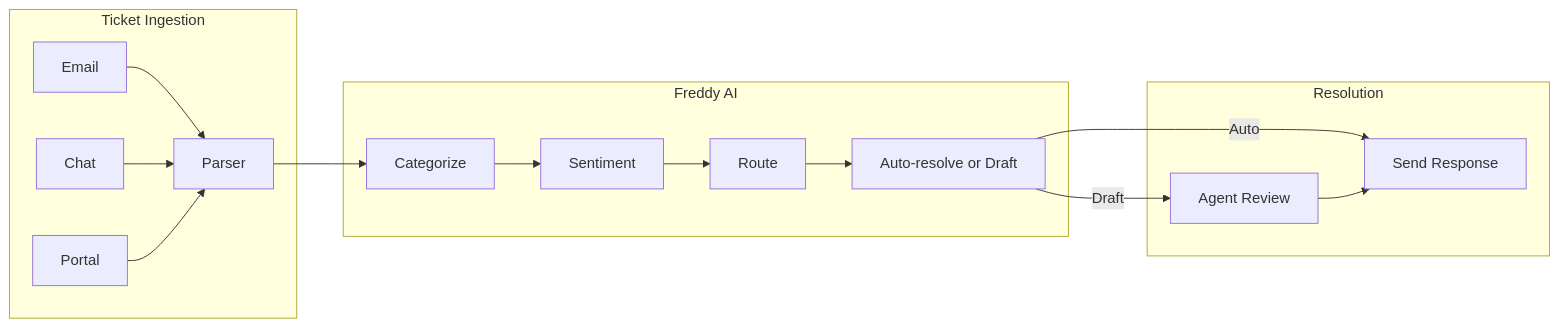
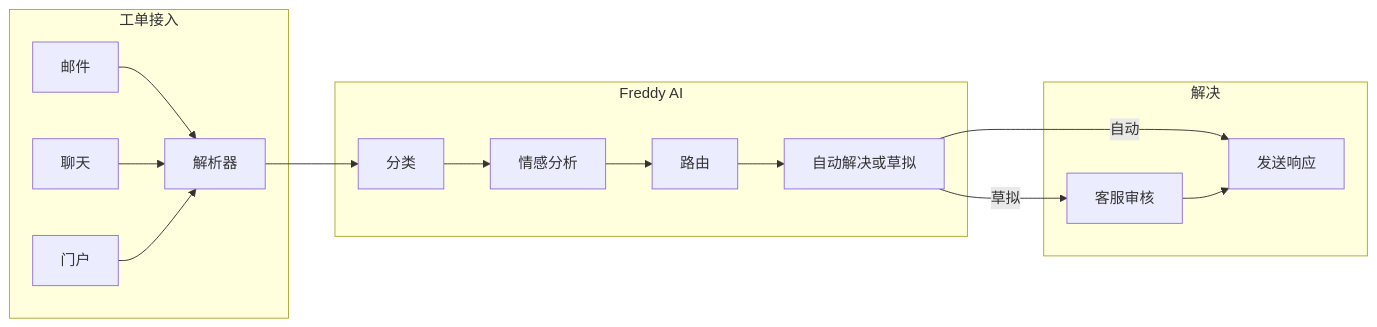
One commit to stars-labs/ai-driven-customer-service changed the second of 3 diagrams in i18n/zh/docusaurus-plugin-content-docs/current/05-case-studies.md. Above: the diagram before and after it, drawn with Mermaid. The commit also changed other lines of this file and 15 other files, not shown here.

````diff
--- a/i18n/zh/docusaurus-plugin-content-docs/current/05-case-studies.md
+++ b/i18n/zh/docusaurus-plugin-content-docs/current/05-case-studies.md
@@ -118,22 +118,22 @@
 ```mermaid
 flowchart LR
-    subgraph Input["Ticket Ingestion"]
-        I1[Email] --> P
-        I2[Chat] --> P
-        I3[Portal] --> P
-        P[Parser]
+    subgraph Input["工单接入"]
+        I1[邮件] --> P
+        I2[聊天] --> P
+        I3[门户] --> P
+        P[解析器]
     end
 
     subgraph AI["Freddy AI"]
-        P --> C[Categorize]
-        C --> S[Sentiment]
-        S --> R[Route]
-        R --> A[Auto-resolve or Draft]
+        P --> C[分类]
+        C --> S[情感分析]
+        S --> R[路由]
+        R --> A[自动解决或草拟]
     end
 
-    subgraph Output["Resolution"]
-        A -->|Auto| D[Send Response]
-        A -->|Draft| H[Agent Review]
+    subgraph Output["解决"]
+        A -->|自动| D[发送响应]
+        A -->|草拟| H[客服审核]
         H --> D
     end
 ```
````
